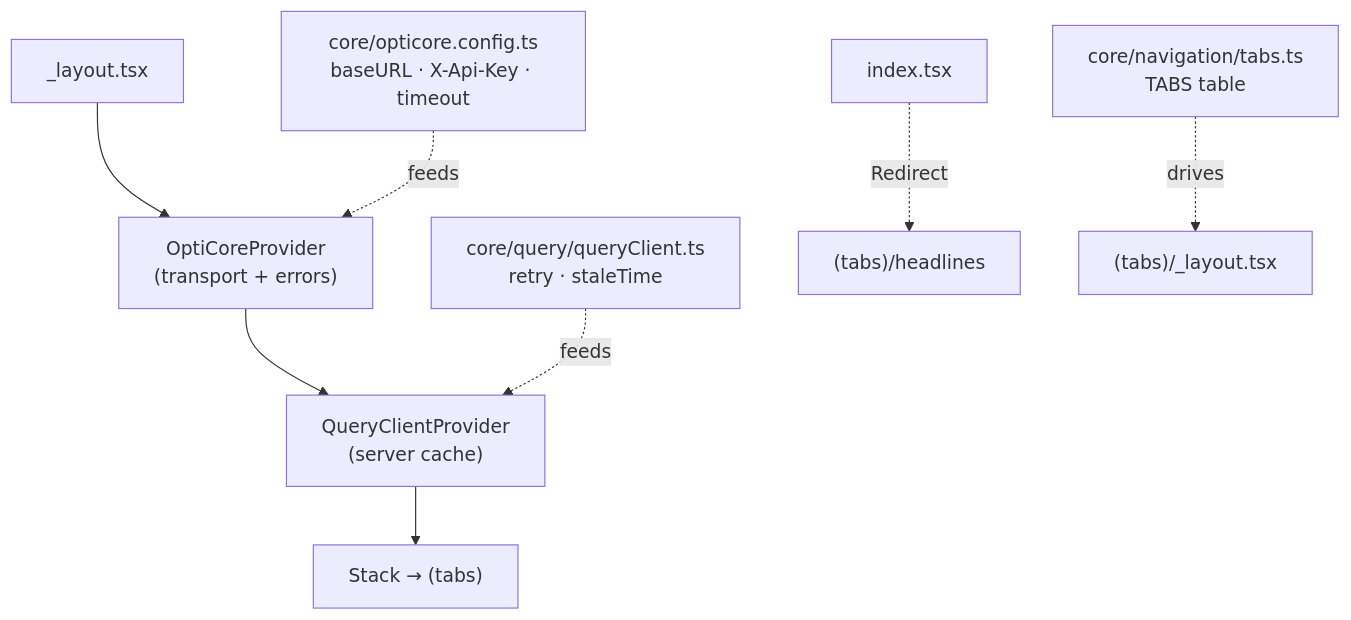
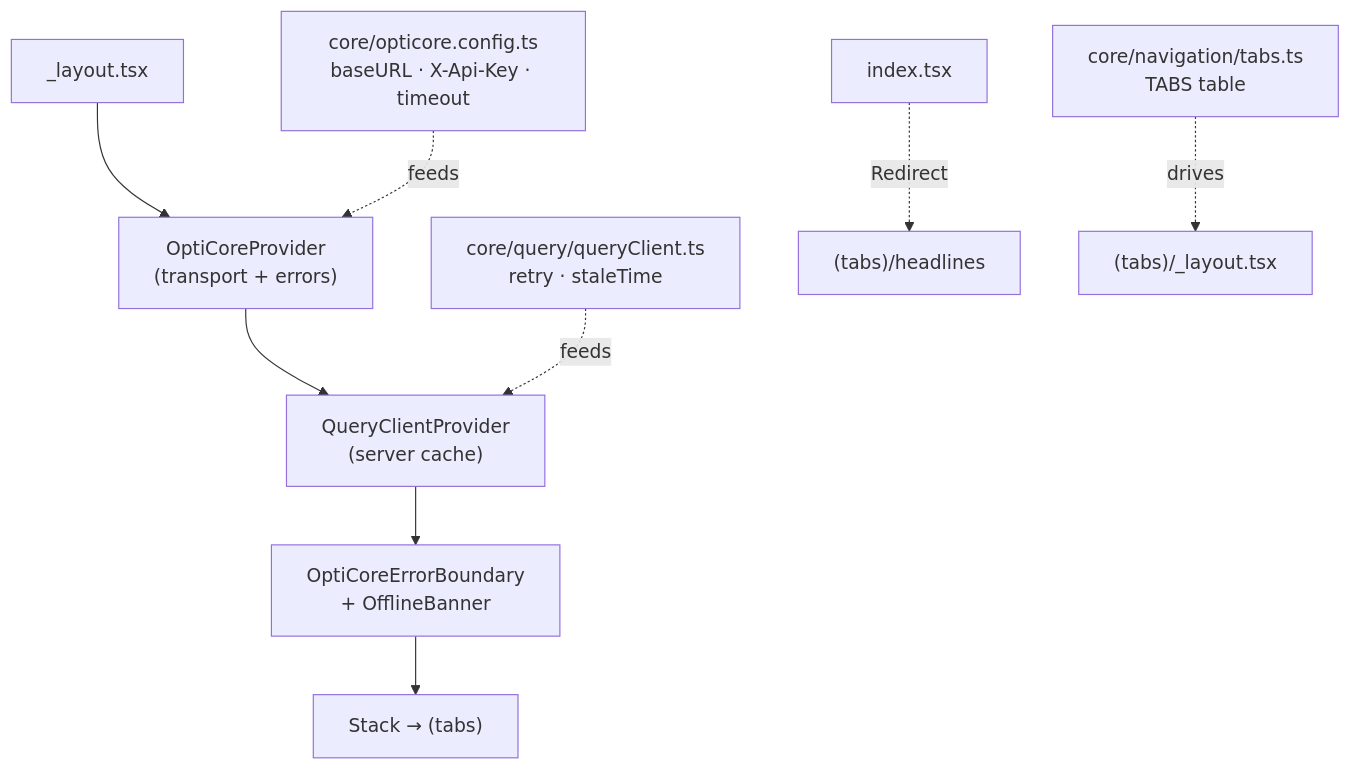
One commit to dev-mahmoud-elshenawy/opticore-news-demo changed the third of 12 diagrams in ORIENTATION.md. Above: the diagram before and after it, drawn with Mermaid. The commit also changed other lines of this file and 1 other file, not shown here.

First line of the commit message:
docs: update architecture guide for facades + settings feature

````diff
--- a/ORIENTATION.md
+++ b/ORIENTATION.md
@@ -52,10 +52,11 @@
 ```mermaid
 flowchart TD
     L["_layout.tsx"] --> OP["OptiCoreProvider<br/>(transport + errors)"]
     OP --> QP["QueryClientProvider<br/>(server cache)"]
-    QP --> ST["Stack → (tabs)"]
+    QP --> EB["OptiCoreErrorBoundary<br/>+ OfflineBanner"]
+    EB --> ST["Stack → (tabs)"]
     cfg["core/opticore.config.ts<br/>baseURL · X-Api-Key · timeout"] -.feeds.-> OP
     qc["core/query/queryClient.ts<br/>retry · staleTime"] -.feeds.-> QP
     idx["index.tsx"] -.Redirect.-> head["(tabs)/headlines"]
     tabs["core/navigation/tabs.ts<br/>TABS table"] -.drives.-> tl["(tabs)/_layout.tsx"]
 ```
````
